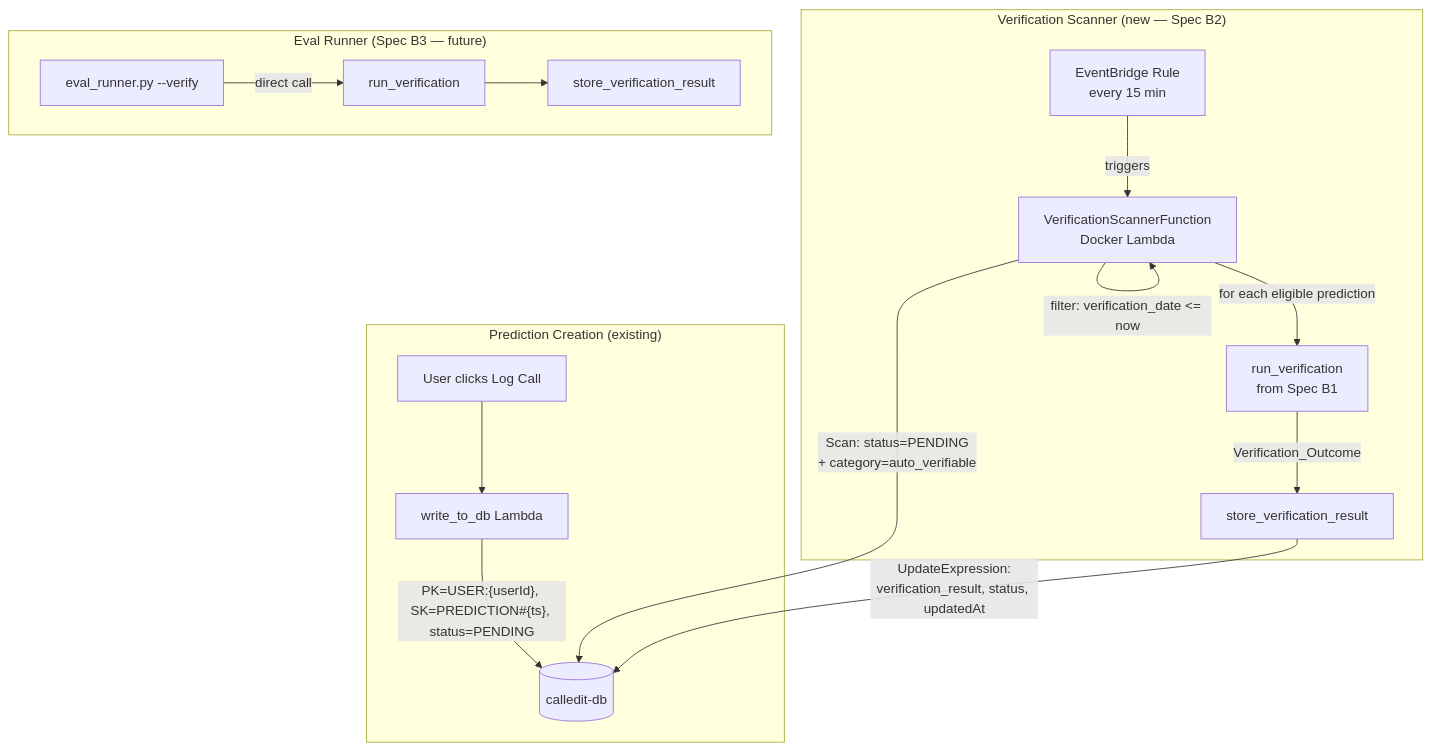
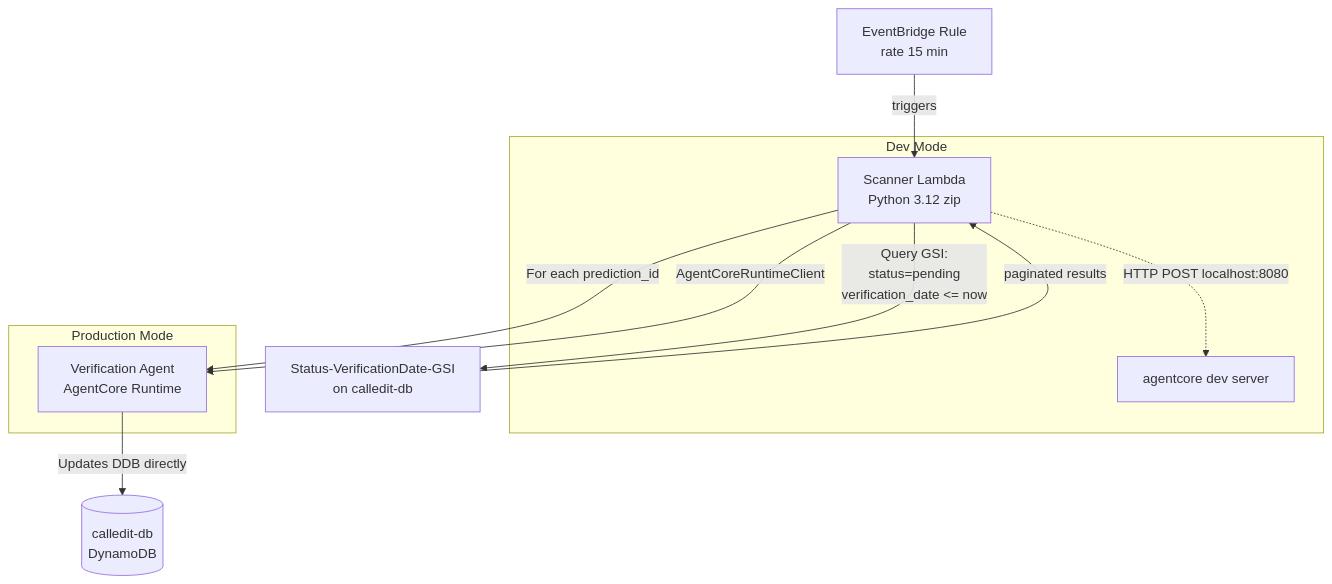
The diagram in .kiro/specs/verification-triggers/design.md (dimafarer/calledit), drawn with Mermaid before and after one commit. The commit also changed other lines of this file and 9 other files, not shown here.

````diff
--- a/.kiro/specs/verification-triggers/design.md
+++ b/.kiro/specs/verification-triggers/design.md
@@ -17,21 +27,16 @@
 ```mermaid
-graph TB
-    subgraph "Prediction Creation (existing)"
-        UI[User clicks Log Call] --> WDB[write_to_db Lambda]
-        WDB -->|"PK=USER:{userId}, SK=PREDICTION#{ts}, status=PENDING"| DDB[(calledit-db)]
+flowchart TD
+    EB[EventBridge Rule<br/>rate 15 min] -->|triggers| SL[Scanner Lambda<br/>Python 3.12 zip]
+    SL -->|Query GSI:<br/>status=pending<br/>verification_date <= now| GSI[Status-VerificationDate-GSI<br/>on calledit-db]
+    GSI -->|paginated results| SL
+    SL -->|For each prediction_id| VA[Verification Agent<br/>AgentCore Runtime]
+    VA -->|Updates DDB directly| DDB[(calledit-db<br/>DynamoDB)]
+    
+    subgraph "Dev Mode"
+        SL -.->|HTTP POST localhost:8080| DEV[agentcore dev server]
     end
-
-    subgraph "Verification Scanner (new — Spec B2)"
-        EB[EventBridge Rule<br/>every 15 min] -->|triggers| VS[VerificationScannerFunction<br/>Docker Lambda]
-        VS -->|"Scan: status=PENDING<br/>+ category=auto_verifiable"| DDB
-        VS -->|"filter: verification_date <= now"| VS
-        VS -->|"for each eligible prediction"| RV[run_verification<br/>from Spec B1]
-        RV -->|Verification_Outcome| SVR[store_verification_result]
-        SVR -->|"UpdateExpression:<br/>verification_result, status, updatedAt"| DDB
-    end
-
-    subgraph "Eval Runner (Spec B3 — future)"
-        ER[eval_runner.py --verify] -->|direct call| RV2[run_verification]
-        RV2 --> SVR2[store_verification_result]
+    
+    subgraph "Production Mode"
+        SL -->|AgentCoreRuntimeClient| VA
     end
 ```
````
